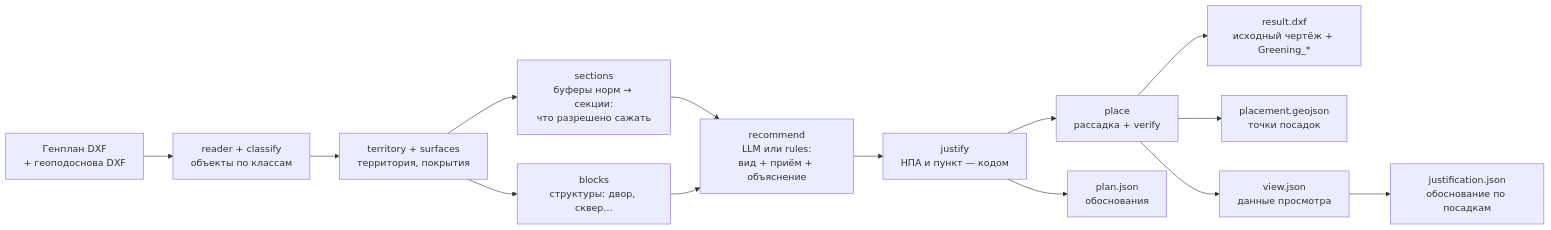
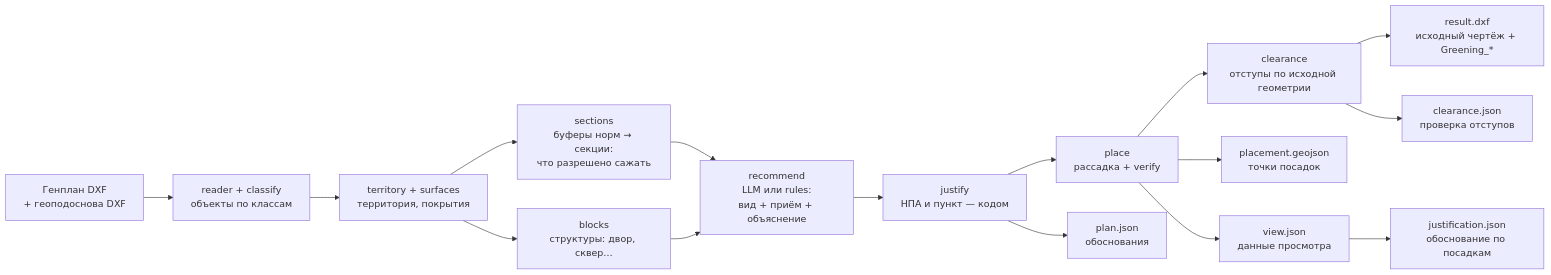
Before and after one commit to LPN1KoL/Hackaton: the first of 3 diagrams in DOCS.md, drawn with Mermaid. The commit also changed other lines of this file and 44 other files, not shown here.

````diff
--- a/DOCS.md
+++ b/DOCS.md
@@ -49,16 +51,18 @@
 ```mermaid
 flowchart LR
     A[Генплан DXF<br/>+ геоподоснова DXF] --> B[reader + classify<br/>объекты по классам]
     B --> C[territory + surfaces<br/>территория, покрытия]
     C --> D[sections<br/>буферы норм → секции:<br/>что разрешено сажать]
     C --> E[blocks<br/>структуры: двор, сквер…]
     D --> F[recommend<br/>LLM или rules:<br/>вид + приём + объяснение]
     E --> F
     F --> G[justify<br/>НПА и пункт — кодом]
     G --> H[place<br/>рассадка + verify]
-    H --> I[result.dxf<br/>исходный чертёж + Greening_*]
+    H --> CC[clearance<br/>отступы по исходной геометрии]
+    CC --> I[result.dxf<br/>исходный чертёж + Greening_*]
+    CC --> N[clearance.json<br/>проверка отступов]
     G --> J[plan.json<br/>обоснования]
     H --> K[placement.geojson<br/>точки посадок]
     H --> L[view.json<br/>данные просмотра]
     L --> M[justification.json<br/>обоснование по посадкам]
 ```
````
